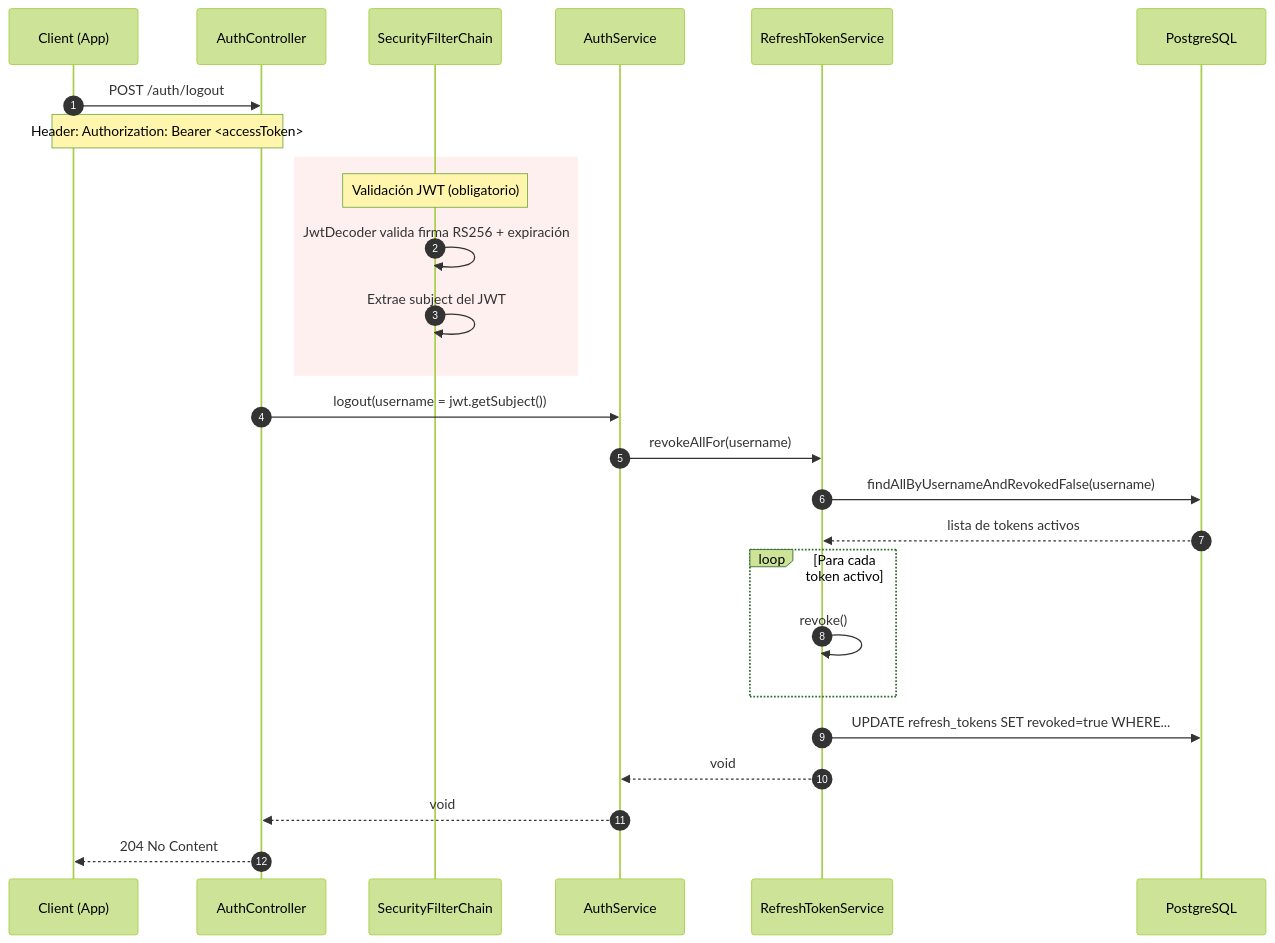
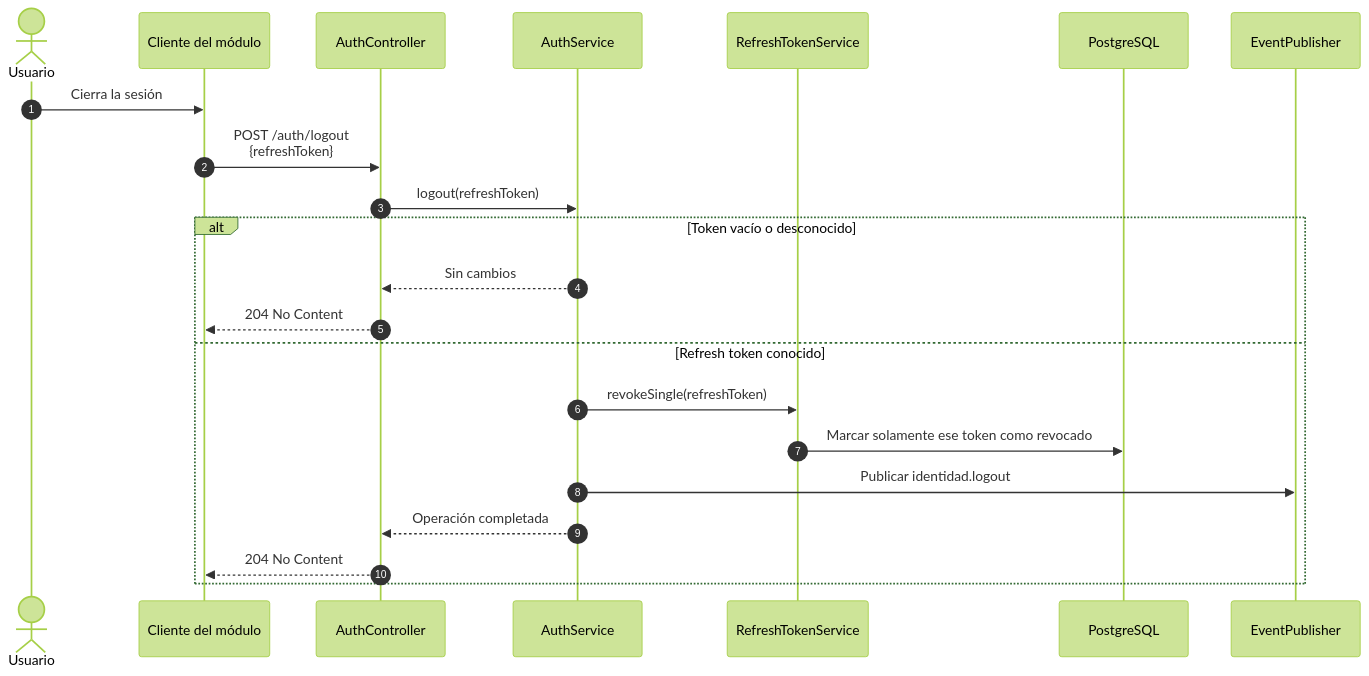
Before and after one commit to CityPass-Login-Federado/CityPass_Login_Backend: the diagram in login-federado/docs/diagrams/06-sequence-logout.md, drawn with Mermaid (forest theme). The commit also changed other lines of this file and 13 other files, not shown here.

Commit message:
Actualización y corrección de Diagramas 4+1 / C4 / Cloud con coherencia técnica.

````diff
--- a/login-federado/docs/diagrams/06-sequence-logout.md
+++ b/login-federado/docs/diagrams/06-sequence-logout.md
@@ -3,33 +8,25 @@
 ```mermaid
 sequenceDiagram
     autonumber
-    participant C as Client (App)
+    actor U as Usuario
+    participant C as Cliente del módulo
     participant AC as AuthController
-    participant SEC as SecurityFilterChain
     participant AS as AuthService
-    participant RTS as RefreshTokenService
+    participant RT as RefreshTokenService
     participant DB as PostgreSQL
+    participant EP as EventPublisher
 
-    C->>AC: POST /auth/logout
-    Note over C,AC: Header: Authorization: Bearer <accessToken>
-
-    rect rgb(255, 240, 240)
-        Note over SEC: Validación JWT (obligatorio)
-        SEC->>SEC: JwtDecoder valida firma RS256 + expiración
-        SEC->>SEC: Extrae subject del JWT
+    U->>C: Cierra la sesión
+    C->>AC: POST /auth/logout<br/>{refreshToken}
+    AC->>AS: logout(refreshToken)
+    alt Token vacío o desconocido
+        AS-->>AC: Sin cambios
+        AC-->>C: 204 No Content
+    else Refresh token conocido
+        AS->>RT: revokeSingle(refreshToken)
+        RT->>DB: Marcar solamente ese token como revocado
+        AS->>EP: Publicar identidad.logout
+        AS-->>AC: Operación completada
+        AC-->>C: 204 No Content
     end
-
-    AC->>AS: logout(username = jwt.getSubject())
-    AS->>RTS: revokeAllFor(username)
-    RTS->>DB: findAllByUsernameAndRevokedFalse(username)
-    DB-->>RTS: lista de tokens activos
-
-    loop Para cada token activo
-        RTS->>RTS: revoke()
-    end
-
-    RTS->>DB: UPDATE refresh_tokens SET revoked=true WHERE...
-    RTS-->>AS: void
-    AS-->>AC: void
-    AC-->>C: 204 No Content
 ```
````
